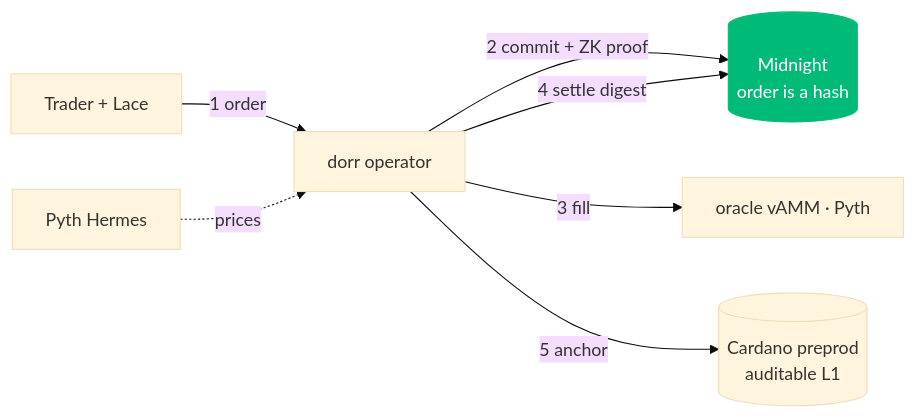
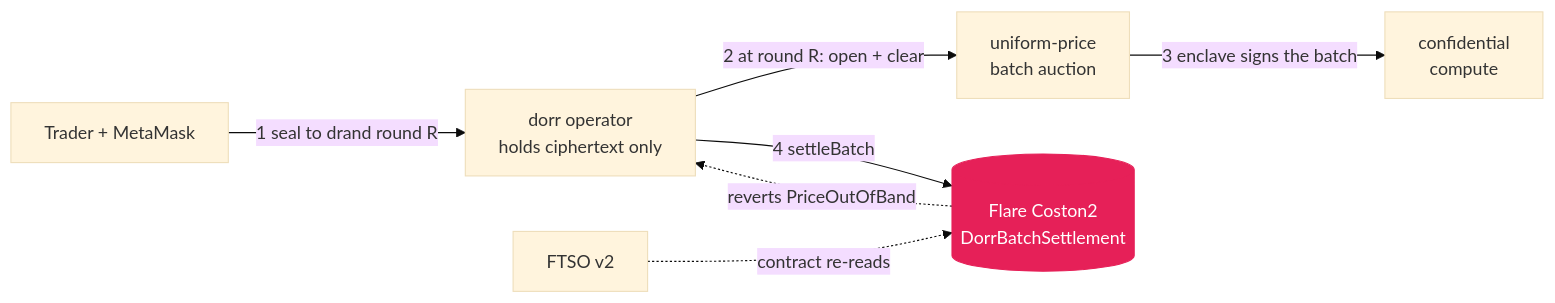
Before and after one commit to nickthelegend/dorr-flare: the diagram in README.md, drawn with Mermaid (base theme). The commit also changed other lines of this file and 9 other files, not shown here.

````diff
--- a/README.md
+++ b/README.md
@@ -22,10 +24,10 @@
 ```mermaid
 flowchart LR
-  U[Trader + Lace] -->|1 order| OP[dorr operator]
-  OP -->|2 commit + ZK proof| MN[(Midnight<br/>order is a hash)]
-  OP -->|3 fill| V[oracle vAMM · Pyth]
-  OP -->|4 settle digest| MN
-  OP -->|5 anchor| CD[(Cardano preprod<br/>auditable L1)]
-  PY[Pyth Hermes] -.prices.-> OP
-  style MN fill:#0b7,stroke:#0b7,color:#fff
+  U[Trader + MetaMask] -->|1 seal to drand round R| OP[dorr operator<br/>holds ciphertext only]
+  OP -->|2 at round R: open + clear| BA[uniform-price<br/>batch auction]
+  BA -->|3 enclave signs the batch| TEE[confidential<br/>compute]
+  OP -->|4 settleBatch| FL[(Flare Coston2<br/>DorrBatchSettlement)]
+  FT[FTSO v2] -.contract re-reads.-> FL
+  FL -.reverts PriceOutOfBand.-> OP
+  style FL fill:#e62058,stroke:#e62058,color:#fff
 ```
````
